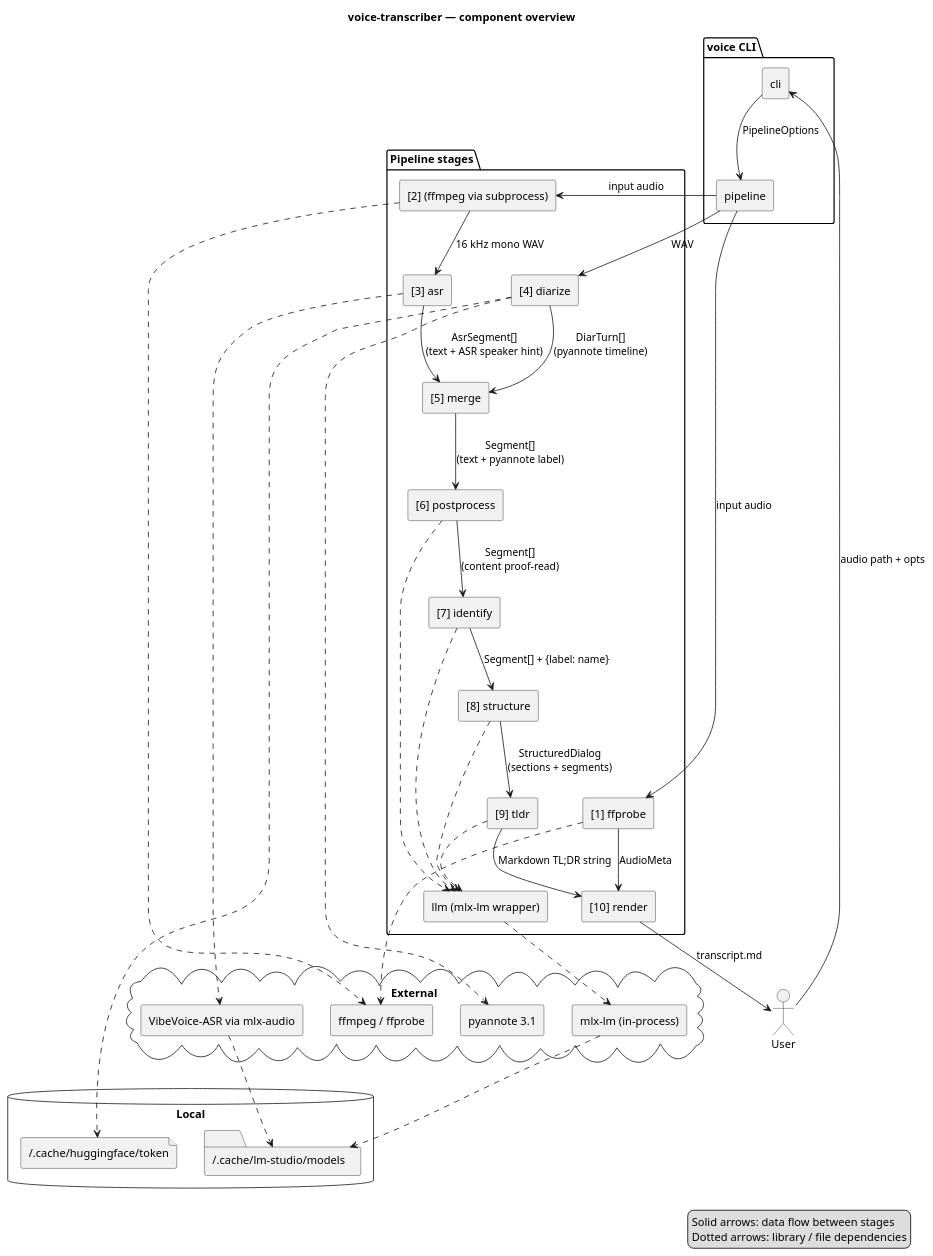
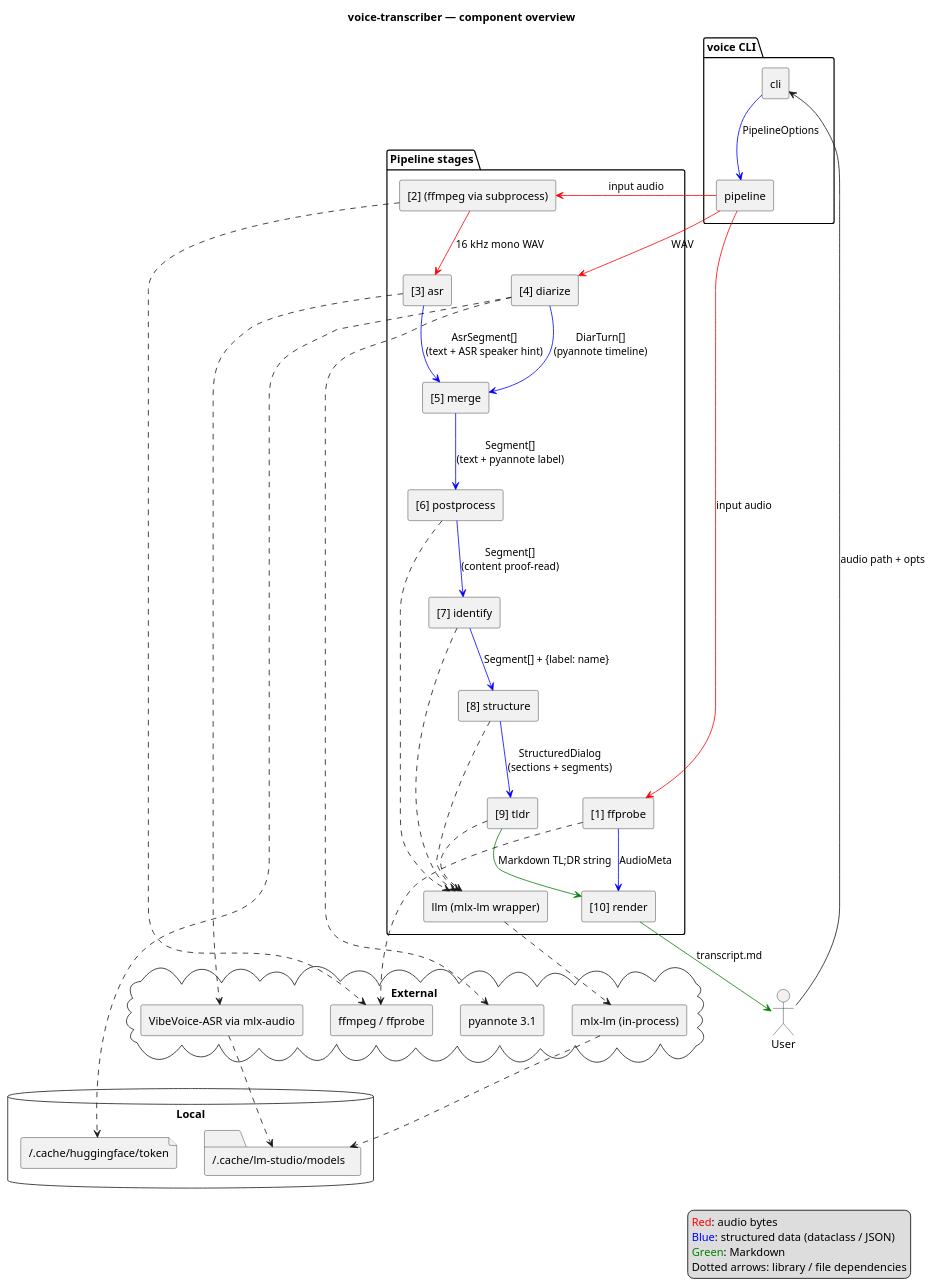
One commit to artem-from-ua/voice-transcriber changed the diagram in docs/architecture.md. Above: the diagram before and after it, drawn with PlantUML. The commit also changed other lines of this file, not shown here.

Commit message:
Colour arrows by data type in architecture diagram
- Red: raw audio bytes (input file, 16 kHz mono WAV).
- Blue: structured data (PipelineOptions, AudioMeta, AsrSegment[],
  DiarTurn[], Segment[], StructuredDialog).
- Green: Markdown (the TL;DR string and the final transcript.md).
- Dotted arrows still mark library / file dependencies (no colour).

Legend updated to spell out the convention.

````diff
--- a/docs/architecture.md
+++ b/docs/architecture.md
@@ -9,75 +9,77 @@
 ```plantuml
 @startuml
 title voice-transcriber — component overview
 skinparam componentStyle rectangle
 
 actor User
 
 package "voice CLI" {
   component "cli" as CLI
   component "pipeline" as Pipeline
 }
 
 package "Pipeline stages" {
   component "[1] ffprobe" as FF
   component "[2] (ffmpeg via subprocess)" as WAV
   component "[3] asr" as ASR
   component "[4] diarize" as Diar
   component "[5] merge" as Merge
   component "[6] postprocess" as Post
   component "[7] identify" as Ident
   component "[8] structure" as Struct
   component "[9] tldr" as TLDR
   component "[10] render" as Render
   component "llm (mlx-lm wrapper)" as LLM
 }
 
 cloud "External" {
   [ffmpeg / ffprobe] as Ffmpeg
   [VibeVoice-ASR via mlx-audio] as MLX
   [pyannote 3.1] as Pyannote
   [mlx-lm (in-process)] as MlxLm
 }
 
 database "Local" {
   folder "~/.cache/lm-studio/models" as LMSCache
   file "~/.cache/huggingface/token" as HFToken
 }
 
 User --> CLI : audio path + opts
-CLI --> Pipeline : PipelineOptions
+CLI -[#blue]-> Pipeline : PipelineOptions
 
-Pipeline --> WAV : input audio
-WAV --> ASR : 16 kHz mono WAV
-Pipeline --> FF : input audio
-FF --> Render : AudioMeta
+Pipeline -[#red]-> WAV : input audio
+WAV -[#red]-> ASR : 16 kHz mono WAV
+Pipeline -[#red]-> FF : input audio
+FF -[#blue]-> Render : AudioMeta
 
-ASR --> Merge : AsrSegment[]\n(text + ASR speaker hint)
-Pipeline --> Diar : WAV
-Diar --> Merge : DiarTurn[]\n(pyannote timeline)
-Merge --> Post : Segment[]\n(text + pyannote label)
-Post --> Ident : Segment[]\n(content proof-read)
-Ident --> Struct : Segment[] + {label: name}
-Struct --> TLDR : StructuredDialog\n(sections + segments)
-TLDR --> Render : Markdown TL;DR string
-Render --> User : transcript.md
+ASR -[#blue]-> Merge : AsrSegment[]\n(text + ASR speaker hint)
+Pipeline -[#red]-> Diar : WAV
+Diar -[#blue]-> Merge : DiarTurn[]\n(pyannote timeline)
+Merge -[#blue]-> Post : Segment[]\n(text + pyannote label)
+Post -[#blue]-> Ident : Segment[]\n(content proof-read)
+Ident -[#blue]-> Struct : Segment[] + {label: name}
+Struct -[#blue]-> TLDR : StructuredDialog\n(sections + segments)
+TLDR -[#green]-> Render : Markdown TL;DR string
+Render -[#green]-> User : transcript.md
 
 WAV ..> Ffmpeg
 FF ..> Ffmpeg
 ASR ..> MLX
 MLX ..> LMSCache
 Diar ..> Pyannote
 Diar ..> HFToken
 Post ..> LLM
 Ident ..> LLM
 Struct ..> LLM
 TLDR ..> LLM
 LLM ..> MlxLm
 MlxLm ..> LMSCache
 
 legend right
-  Solid arrows: data flow between stages
+  <color:red>Red</color>: audio bytes
+  <color:blue>Blue</color>: structured data (dataclass / JSON)
+  <color:green>Green</color>: Markdown
   Dotted arrows: library / file dependencies
 end legend
 @enduml
 ```
````
